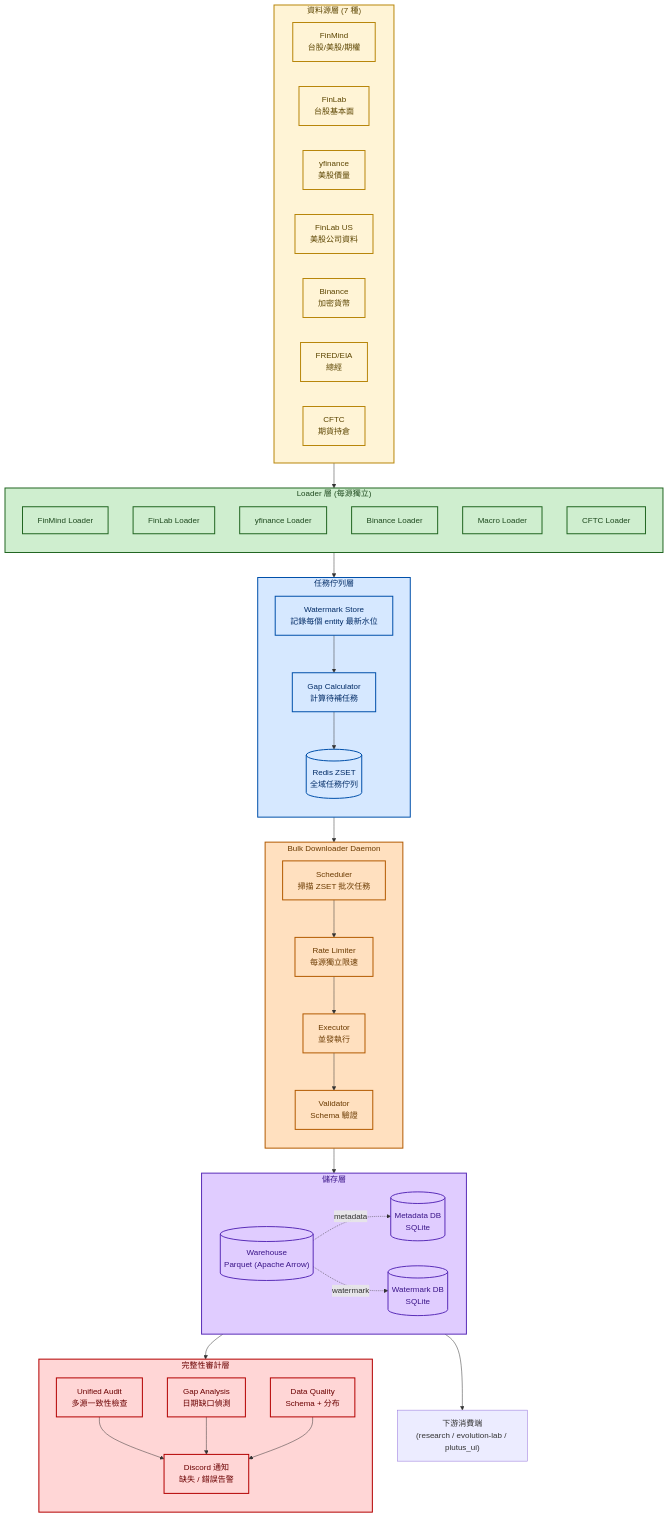
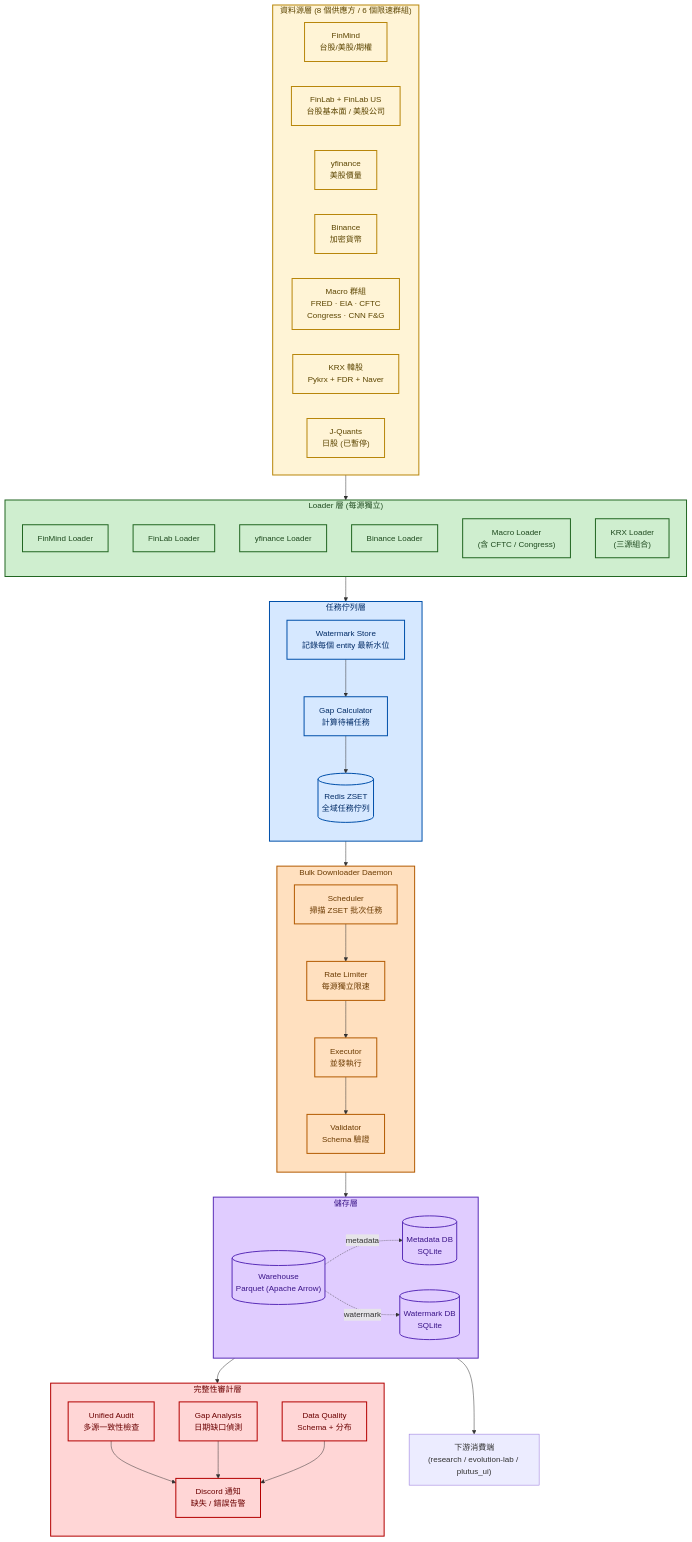
One commit to Jang-jhih/quant-interview-prep changed the second of 5 diagrams in flowcharts/datawarehouse.md. Above: the diagram before and after it, drawn with Mermaid. The commit also changed other lines of this file and 18 other files, not shown here.

````diff
--- a/flowcharts/datawarehouse.md
+++ b/flowcharts/datawarehouse.md
@@ -35,15 +74,15 @@
 ```mermaid
 %%{init: {'theme':'base', 'themeVariables': {'primaryColor':'#ececec','primaryTextColor':'#1a1a1a','primaryBorderColor':'#555555','lineColor':'#555555','secondaryColor':'#e0e0e0','tertiaryColor':'#f0f0f0','fontFamily':'"Noto Sans TC", "Microsoft JhengHei", sans-serif'}}}%%
 flowchart TD
-    subgraph SOURCES["資料源層 (7 種)"]
+    subgraph SOURCES["資料源層 (8 個供應方 / 6 個限速群組)"]
         direction LR
         SRC1["FinMind<br/>台股/美股/期權"]
-        SRC2["FinLab<br/>台股基本面"]
+        SRC2["FinLab + FinLab US<br/>台股基本面 / 美股公司"]
         SRC3["yfinance<br/>美股價量"]
-        SRC4["FinLab US<br/>美股公司資料"]
-        SRC5["Binance<br/>加密貨幣"]
-        SRC6["FRED/EIA<br/>總經"]
-        SRC7["CFTC<br/>期貨持倉"]
+        SRC4["Binance<br/>加密貨幣"]
+        SRC5["Macro 群組<br/>FRED · EIA · CFTC<br/>Congress · CNN F&G"]
+        SRC6["KRX 韓股<br/>Pykrx + FDR + Naver"]
+        SRC7["J-Quants<br/>日股 (已暫停)"]
     end
 
     SOURCES --> LOADERS
@@ -54,8 +93,8 @@
         L2["FinLab Loader"]
         L3["yfinance Loader"]
         L4["Binance Loader"]
-        L5["Macro Loader"]
-        L6["CFTC Loader"]
+        L5["Macro Loader<br/>(含 CFTC / Congress)"]
+        L6["KRX Loader<br/>(三源組合)"]
     end
 
     LOADERS --> QUEUE
````
